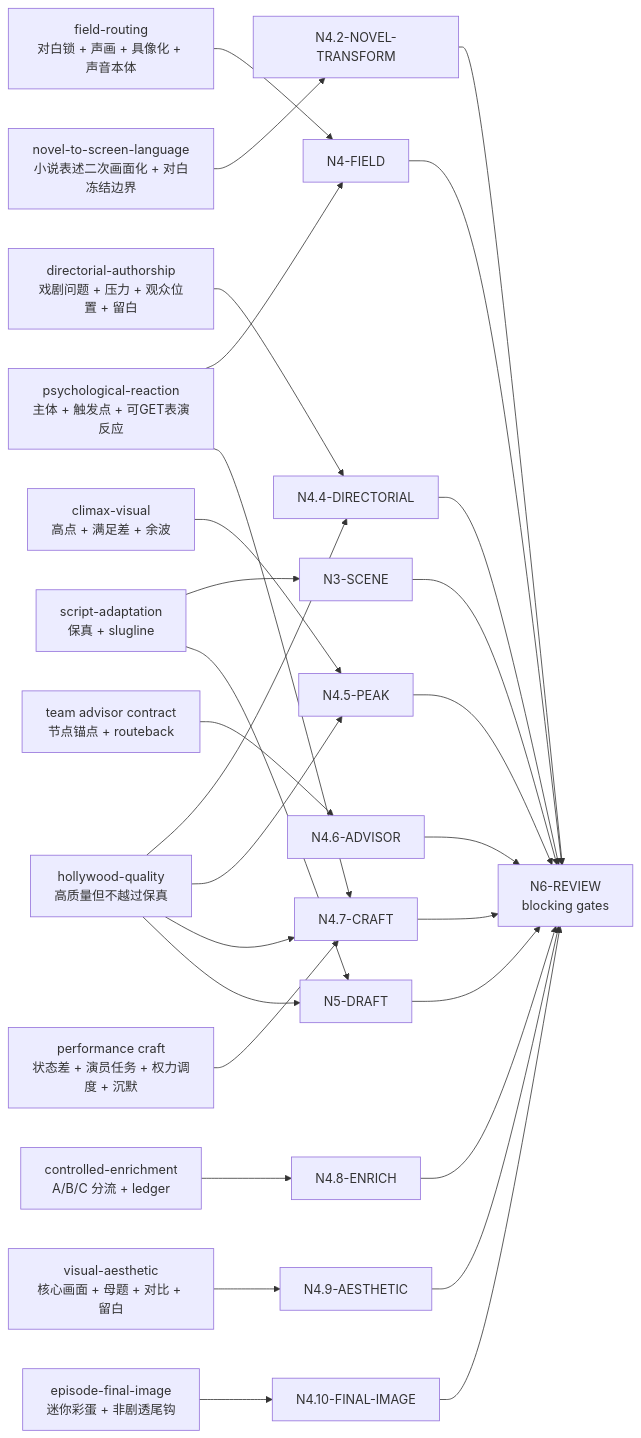
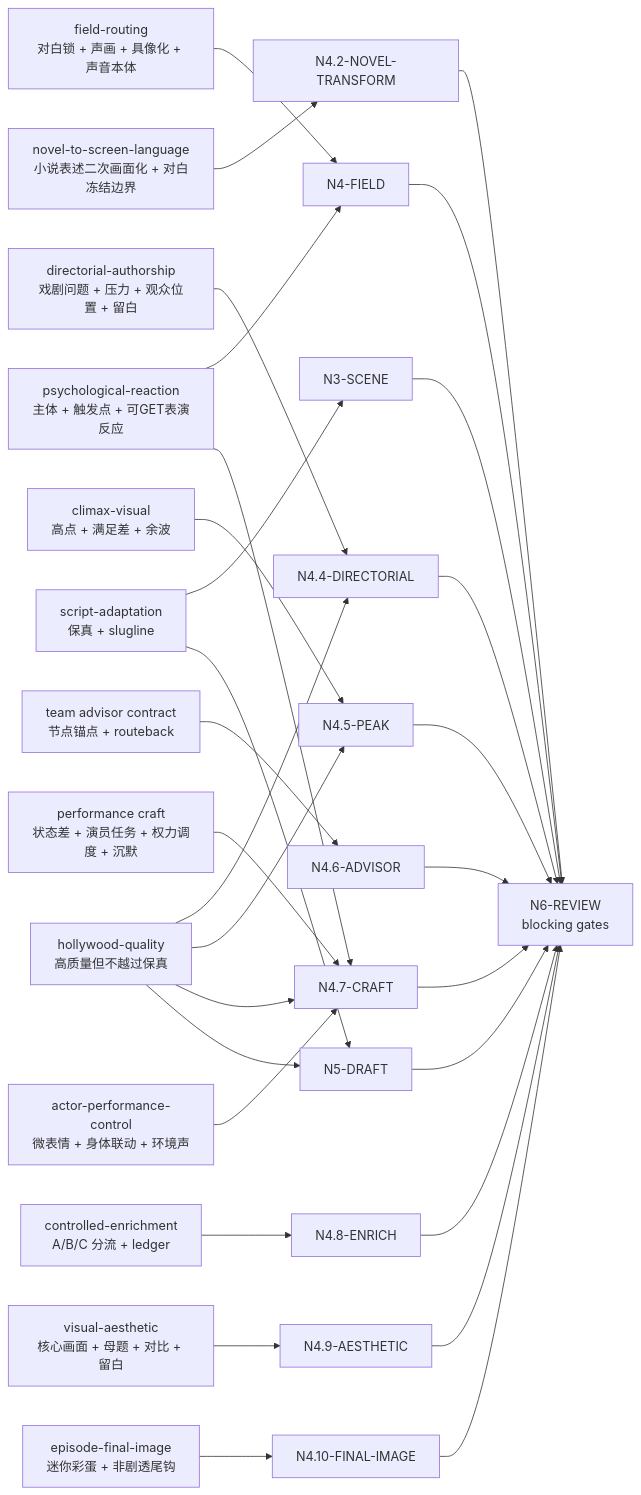
Before and after one commit to ZEN-VOID/AI-CUT: the second of 2 diagrams in .agents/skills/aigc/2-编导/steps/directing-workflow.md, drawn with Mermaid. The commit also changed other lines of this file and 44 other files, not shown here.

````diff
--- a/.agents/skills/aigc/2-编导/steps/directing-workflow.md
+++ b/.agents/skills/aigc/2-编导/steps/directing-workflow.md
@@ -160,31 +221,32 @@
 ```mermaid
 flowchart LR
     SA["script-adaptation\n保真 + slugline"] --> N3["N3-SCENE"]
     SA --> N5["N5-DRAFT"]
     FV["field-routing\n对白锁 + 声画 + 具像化 + 声音本体"] --> N4["N4-FIELD"]
     PR["psychological-reaction\n主体 + 触发点 + 可GET表演反应"] --> N4
     PR --> N47
     NTREF["novel-to-screen-language\n小说表述二次画面化 + 对白冻结边界"] --> N42["N4.2-NOVEL-TRANSFORM"]
     DA["directorial-authorship\n戏剧问题 + 压力 + 观众位置 + 留白"] --> N44["N4.4-DIRECTORIAL"]
     CL["climax-visual\n高点 + 满足差 + 余波"] --> N45["N4.5-PEAK"]
     AD["team advisor contract\n节点锚点 + routeback"] --> N46["N4.6-ADVISOR"]
     PC["performance craft\n状态差 + 演员任务 + 权力调度 + 沉默"] --> N47["N4.7-CRAFT"]
+    APC["actor-performance-control\n微表情 + 身体联动 + 环境声"] --> N47
     CE["controlled-enrichment\nA/B/C 分流 + ledger"] --> N48["N4.8-ENRICH"]
     VA["visual-aesthetic\n核心画面 + 母题 + 对比 + 留白"] --> N49["N4.9-AESTHETIC"]
     FI["episode-final-image\n迷你彩蛋 + 非剧透尾钩"] --> N410["N4.10-FINAL-IMAGE"]
     HQ["hollywood-quality\n高质量但不越过保真"] --> N44
     HQ --> N45
     HQ --> N47
     HQ --> N5
     N3 --> RV["N6-REVIEW\nblocking gates"]
     N4 --> RV
     N42 --> RV
     N44 --> RV
     N45 --> RV
     N46 --> RV
     N47 --> RV
     N48 --> RV
     N49 --> RV
     N410 --> RV
     N5 --> RV
 ```
````
